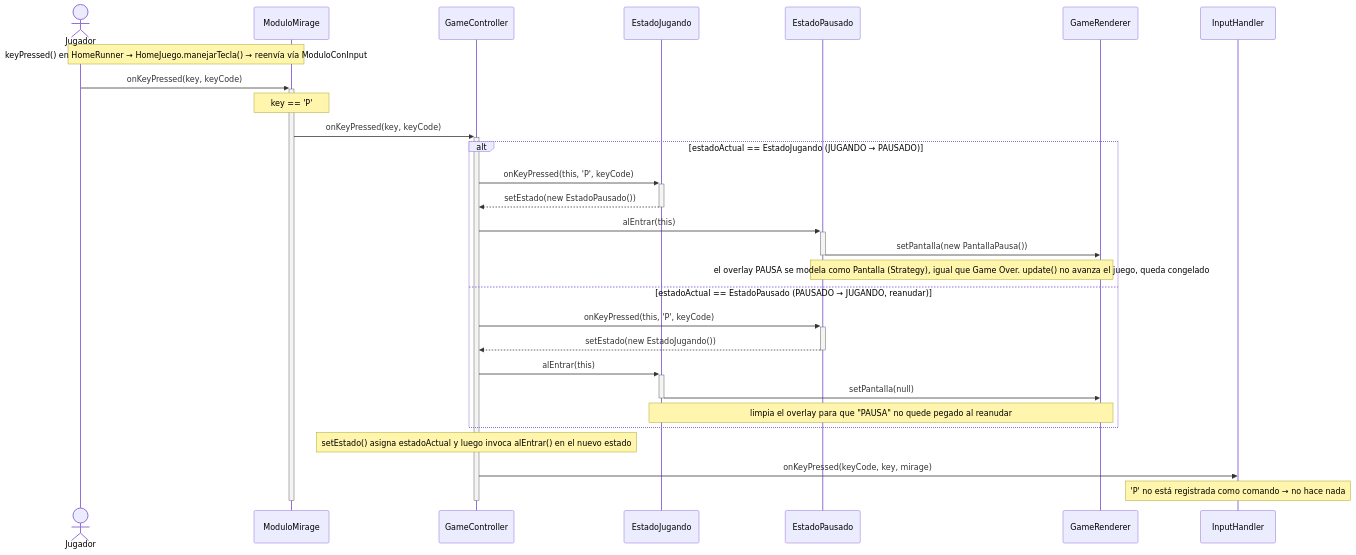
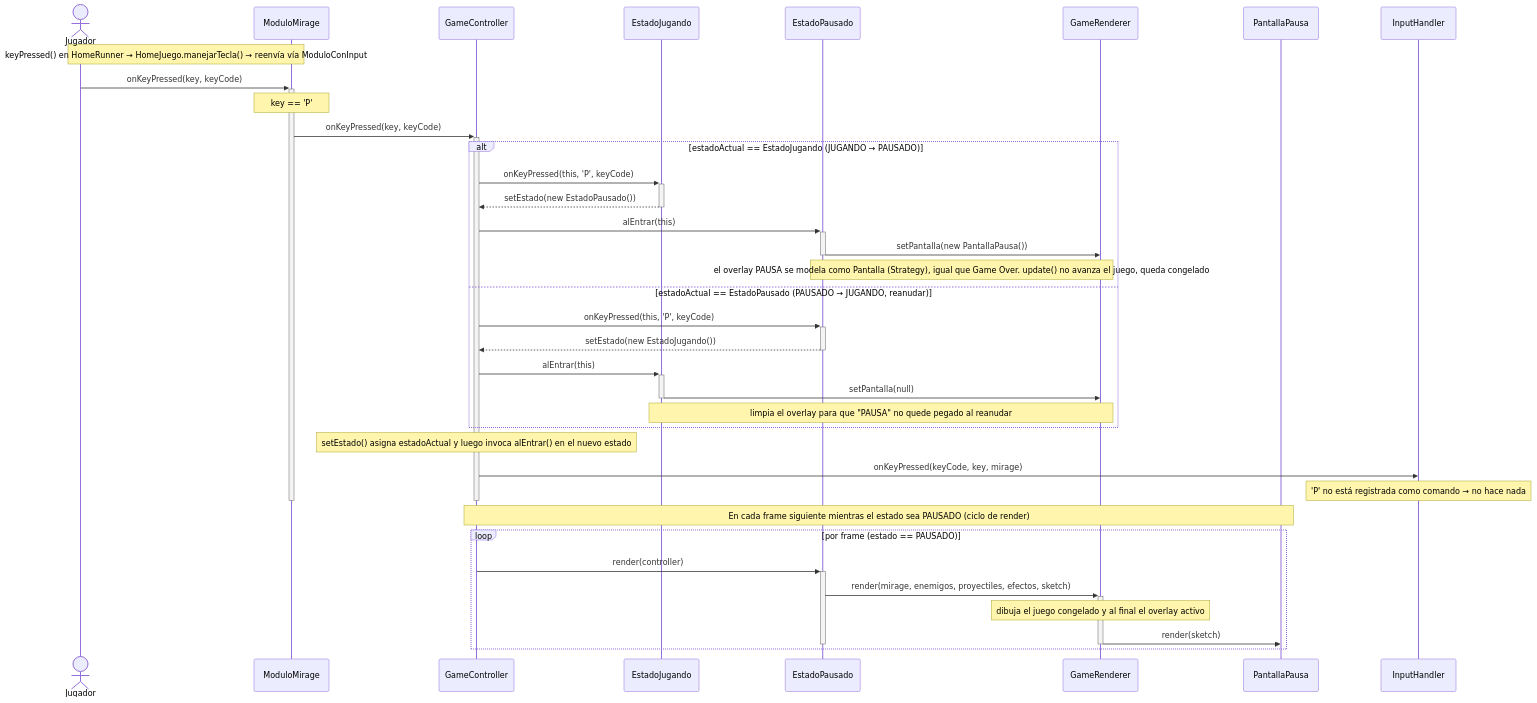
Before and after one commit to Christian-Rojas-Rodriguez/juego-1982: the fourth of 9 diagrams in docs/v1/analisis/casos-de-uso.md, drawn with Mermaid.

Commit message:
docs(uc-03): mostrar render(sketch) de GameRenderer hacia PantallaPausa
El diagrama solo mostraba setPantalla() (que guarda la referencia).
Agregado el fragmento de ciclo de render por frame donde GameRenderer
delega el overlay en PantallaPausa.render(sketch).

````diff
--- a/docs/v1/analisis/casos-de-uso.md
+++ b/docs/v1/analisis/casos-de-uso.md
@@ -171,38 +171,49 @@
 ```mermaid
 sequenceDiagram
     actor Jugador
     participant ModuloMirage
     participant GameController
     participant EstadoJugando
     participant EstadoPausado
     participant GameRenderer
+    participant PantallaPausa
 
     Note over Jugador,ModuloMirage: keyPressed() en HomeRunner → HomeJuego.manejarTecla() → reenvía vía ModuloConInput
     Jugador->>+ModuloMirage: onKeyPressed(key, keyCode)
     Note over ModuloMirage: key == 'P'
     ModuloMirage->>+GameController: onKeyPressed(key, keyCode)
 
     alt estadoActual == EstadoJugando (JUGANDO → PAUSADO)
         GameController->>+EstadoJugando: onKeyPressed(this, 'P', keyCode)
         EstadoJugando-->>GameController: setEstado(new EstadoPausado())
         deactivate EstadoJugando
         GameController->>+EstadoPausado: alEntrar(this)
         EstadoPausado->>GameRenderer: setPantalla(new PantallaPausa())
         deactivate EstadoPausado
         Note over EstadoPausado,GameRenderer: el overlay PAUSA se modela como Pantalla (Strategy), igual que Game Over. update() no avanza el juego, queda congelado
     else estadoActual == EstadoPausado (PAUSADO → JUGANDO, reanudar)
         GameController->>+EstadoPausado: onKeyPressed(this, 'P', keyCode)
         EstadoPausado-->>GameController: setEstado(new EstadoJugando())
         deactivate EstadoPausado
         GameController->>+EstadoJugando: alEntrar(this)
         EstadoJugando->>GameRenderer: setPantalla(null)
         deactivate EstadoJugando
         Note over EstadoJugando,GameRenderer: limpia el overlay para que "PAUSA" no quede pegado al reanudar
     end
 
     Note over GameController: setEstado() asigna estadoActual y luego invoca alEntrar() en el nuevo estado
     GameController->>InputHandler: onKeyPressed(keyCode, key, mirage)
     Note over InputHandler: 'P' no está registrada como comando → no hace nada
     deactivate GameController
     deactivate ModuloMirage
+
+    Note over GameController,PantallaPausa: En cada frame siguiente mientras el estado sea PAUSADO (ciclo de render)
+    loop por frame (estado == PAUSADO)
+        GameController->>+EstadoPausado: render(controller)
+        EstadoPausado->>+GameRenderer: render(mirage, enemigos, proyectiles, efectos, sketch)
+        Note over GameRenderer: dibuja el juego congelado y al final el overlay activo
+        GameRenderer->>PantallaPausa: render(sketch)
+        deactivate GameRenderer
+        deactivate EstadoPausado
+    end
 ```
````
